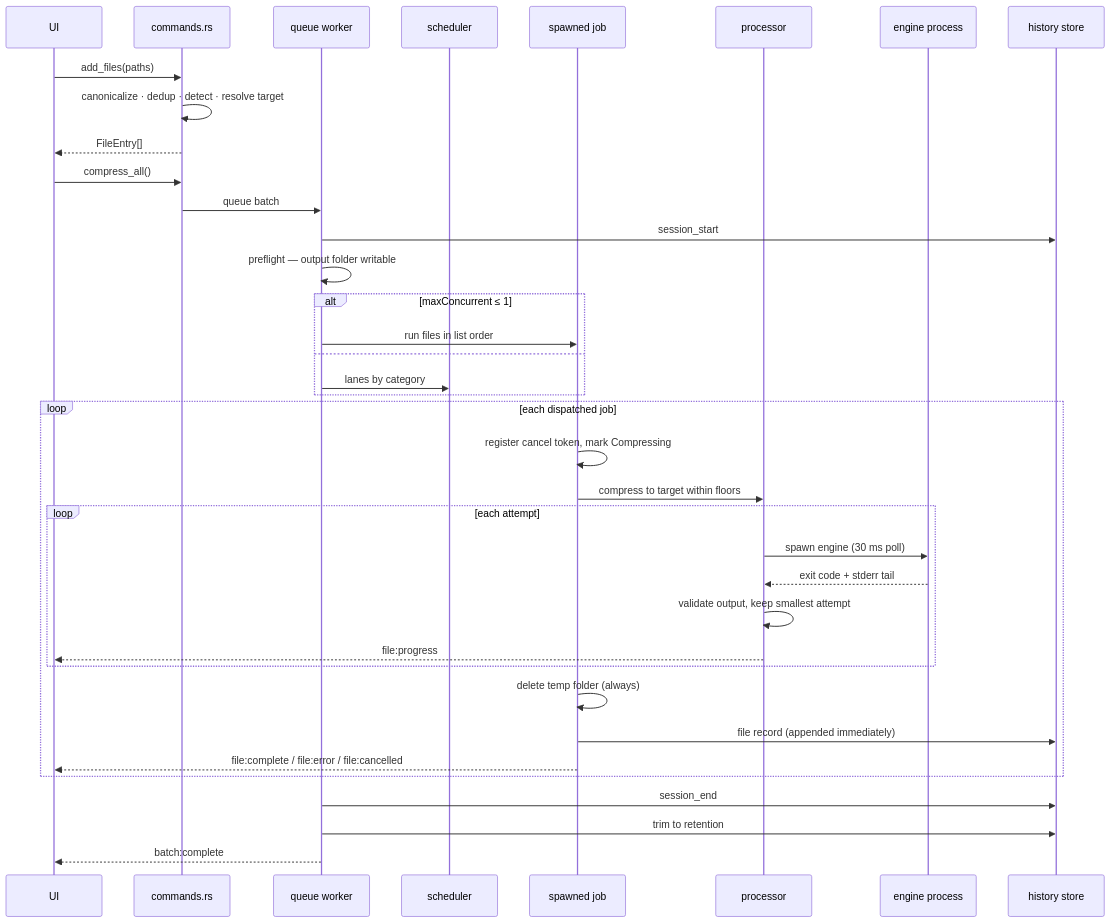
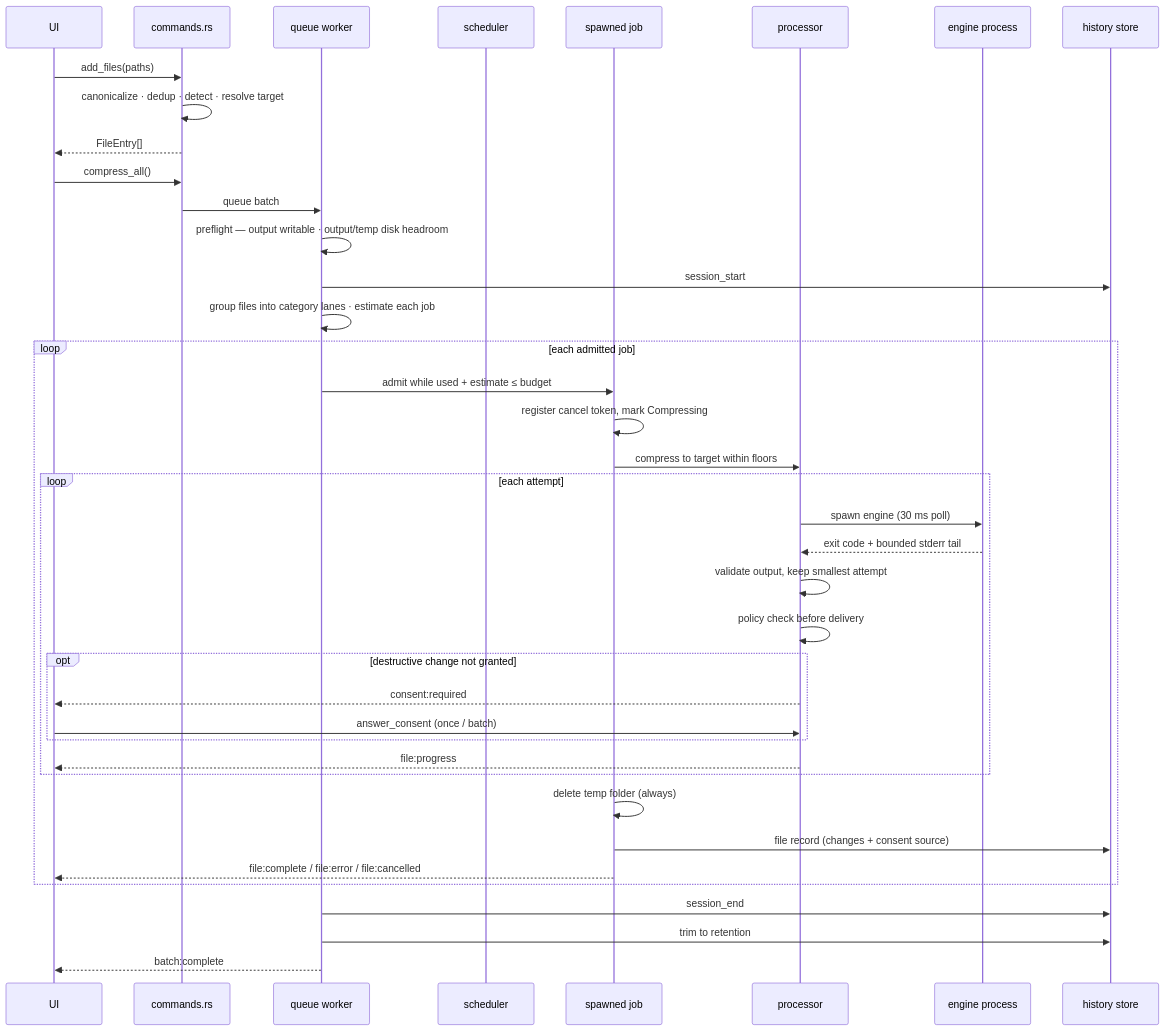
Before and after one commit to initgrep-apps/yard: the second of 2 diagrams in docs/ARCHITECTURE.md, drawn with Mermaid. The commit also changed other lines of this file and 76 other files, not shown here.

First line of the commit message:
feat: bounded memory, consent-gated fidelity, and backend remediation (#224)

````diff
--- a/docs/ARCHITECTURE.md
+++ b/docs/ARCHITECTURE.md
@@ -175,40 +184,42 @@
 ```mermaid
 sequenceDiagram
     participant UI
     participant CMD as commands.rs
     participant Q as queue worker
     participant SCH as scheduler
     participant JOB as spawned job
     participant P as processor
     participant E as engine process
     participant H as history store
 
     UI->>CMD: add_files(paths)
     CMD->>CMD: canonicalize · dedup · detect · resolve target
     CMD-->>UI: FileEntry[]
     UI->>CMD: compress_all()
     CMD->>Q: queue batch
+    Q->>Q: preflight — output writable · output/temp disk headroom
     Q->>H: session_start
-    Q->>Q: preflight — output folder writable
-    alt maxConcurrent ≤ 1
-        Q->>JOB: run files in list order
-    else
-        Q->>SCH: lanes by category
-    end
-    loop each dispatched job
+    Q->>Q: group files into category lanes · estimate each job
+    loop each admitted job
+        Q->>JOB: admit while used + estimate ≤ budget
         JOB->>JOB: register cancel token, mark Compressing
         JOB->>P: compress to target within floors
         loop each attempt
             P->>E: spawn engine (30 ms poll)
-            E-->>P: exit code + stderr tail
+            E-->>P: exit code + bounded stderr tail
             P->>P: validate output, keep smallest attempt
+            P->>P: policy check before delivery
+            opt destructive change not granted
+                P-->>UI: consent:required
+                UI->>P: answer_consent (once / batch)
+            end
             P-->>UI: file:progress
         end
         JOB->>JOB: delete temp folder (always)
-        JOB->>H: file record (appended immediately)
+        JOB->>H: file record (changes + consent source)
         JOB-->>UI: file:complete / file:error / file:cancelled
     end
     Q->>H: session_end
     Q->>H: trim to retention
     Q-->>UI: batch:complete
 ```
````
